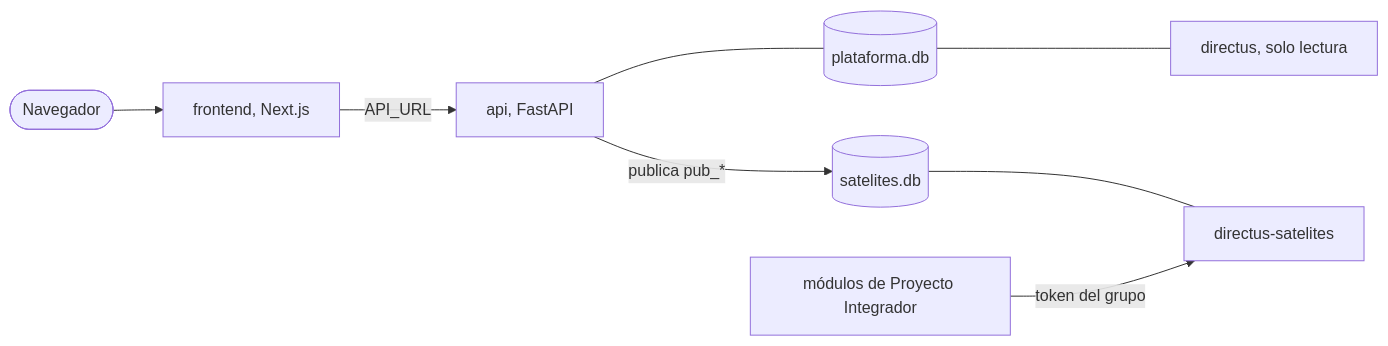
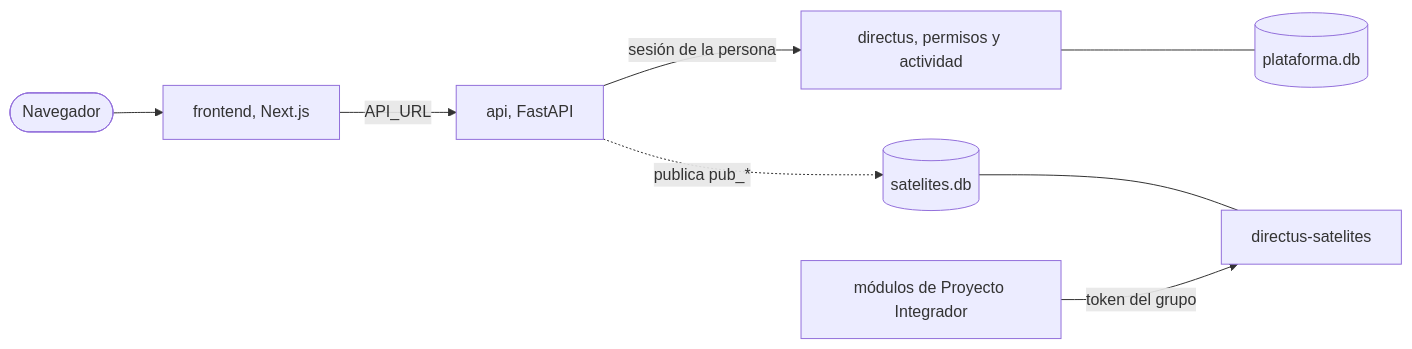
Before and after one commit to Capstone-2026-DISC/DISC-Scheduling: the diagram in README.md, drawn with Mermaid. The commit also changed other lines of this file and 2 other files, not shown here.

Commit message:
docs: describe directus as the only data layer

````diff
--- a/README.md
+++ b/README.md
@@ -19,10 +19,10 @@
 ```mermaid
 flowchart LR
     usuario(["Navegador"]) --> frontend["frontend, Next.js"]
     frontend -->|API_URL| api["api, FastAPI"]
-    api --- nucleo[("plataforma.db")]
-    nucleo --- directus["directus, solo lectura"]
-    api -->|publica pub_*| replica[("satelites.db")]
+    api -->|sesión de la persona| directus["directus, permisos y actividad"]
+    directus --- nucleo[("plataforma.db")]
+    api -.->|publica pub_*| replica[("satelites.db")]
     replica --- satelites["directus-satelites"]
     modulos["módulos de Proyecto Integrador"] -->|token del grupo| satelites
 ```
````
